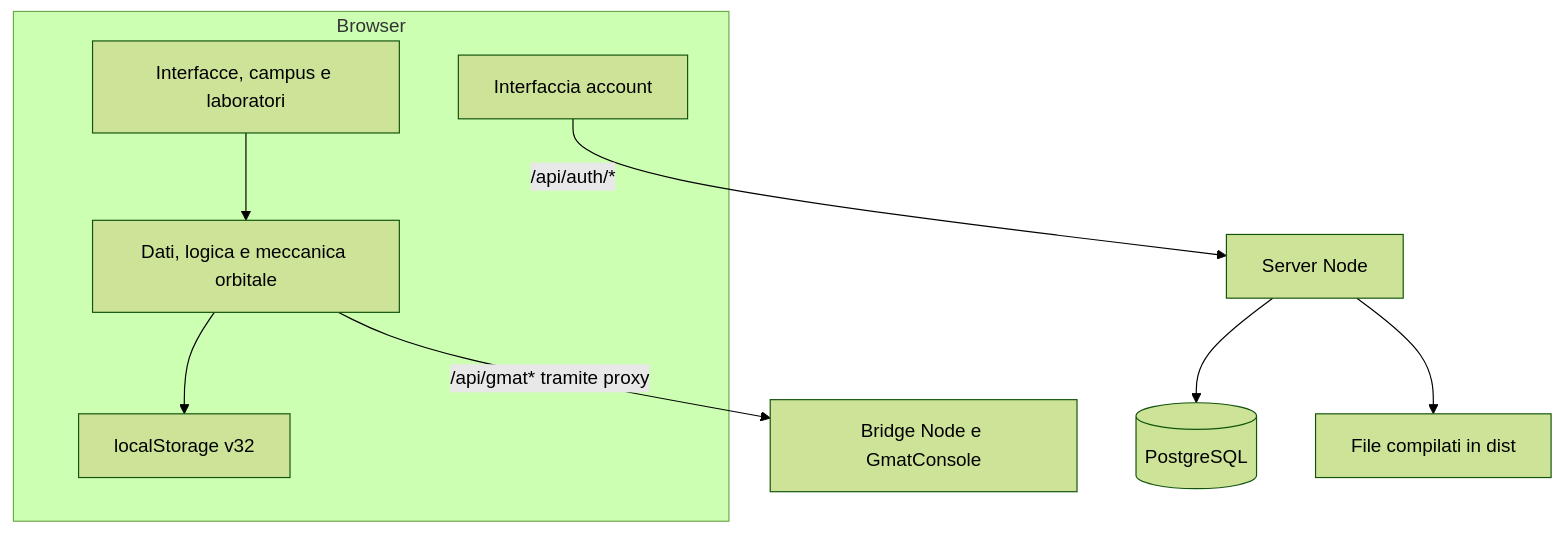
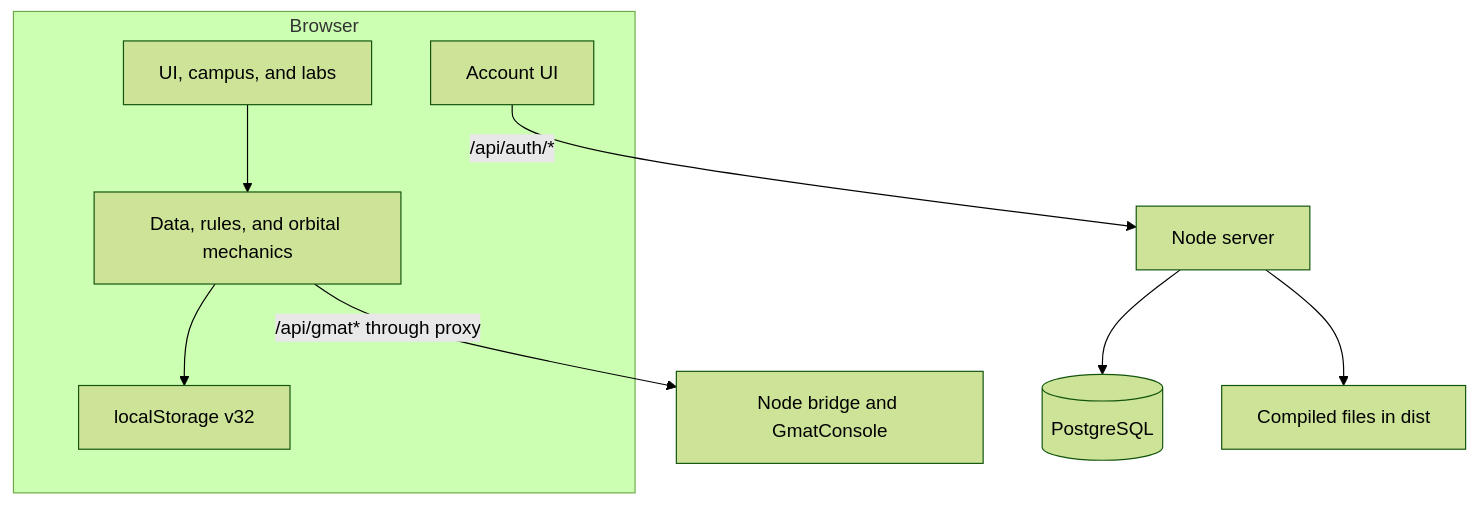
Before and after one commit to NASA-SPACEAPP-2026/Space-Mission-Design-Game: the diagram in documentation/architecture.md, drawn with Mermaid (forest theme). The commit also changed other lines of this file and 2 other files, not shown here.

````diff
--- a/documentation/architecture.md
+++ b/documentation/architecture.md
@@ -9,15 +11,15 @@
 ```mermaid
 flowchart TB
   subgraph Browser
-    UI[Interfacce, campus e laboratori]
-    SIM[Dati, logica e meccanica orbitale]
+    UI[UI, campus, and labs]
+    SIM[Data, rules, and orbital mechanics]
     SAVE[localStorage v32]
-    ACCOUNT[Interfaccia account]
+    ACCOUNT[Account UI]
     UI --> SIM
     SIM --> SAVE
   end
-  ACCOUNT -->|/api/auth/*| NODE[Server Node]
+  ACCOUNT -->|/api/auth/*| NODE[Node server]
   NODE --> PG[(PostgreSQL)]
-  SIM -->|/api/gmat* tramite proxy| GMAT[Bridge Node e GmatConsole]
-  NODE --> DIST[File compilati in dist]
+  SIM -->|/api/gmat* through proxy| GMAT[Node bridge and GmatConsole]
+  NODE --> DIST[Compiled files in dist]
 ```
````
